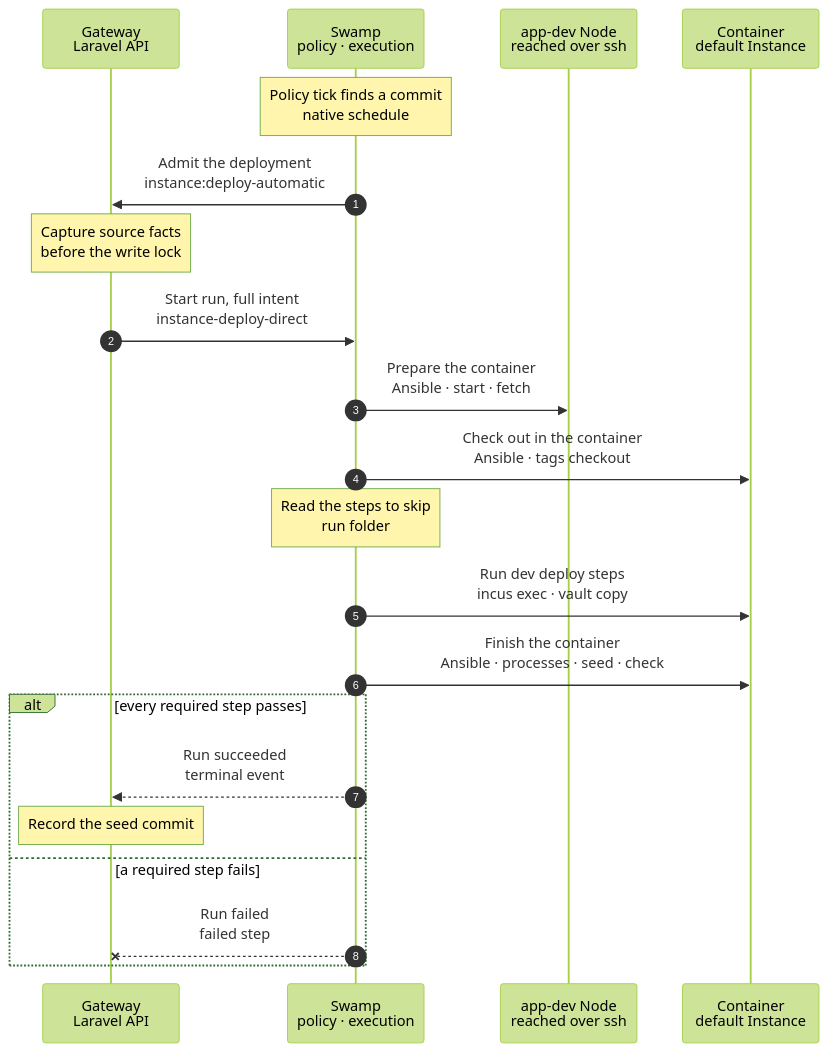
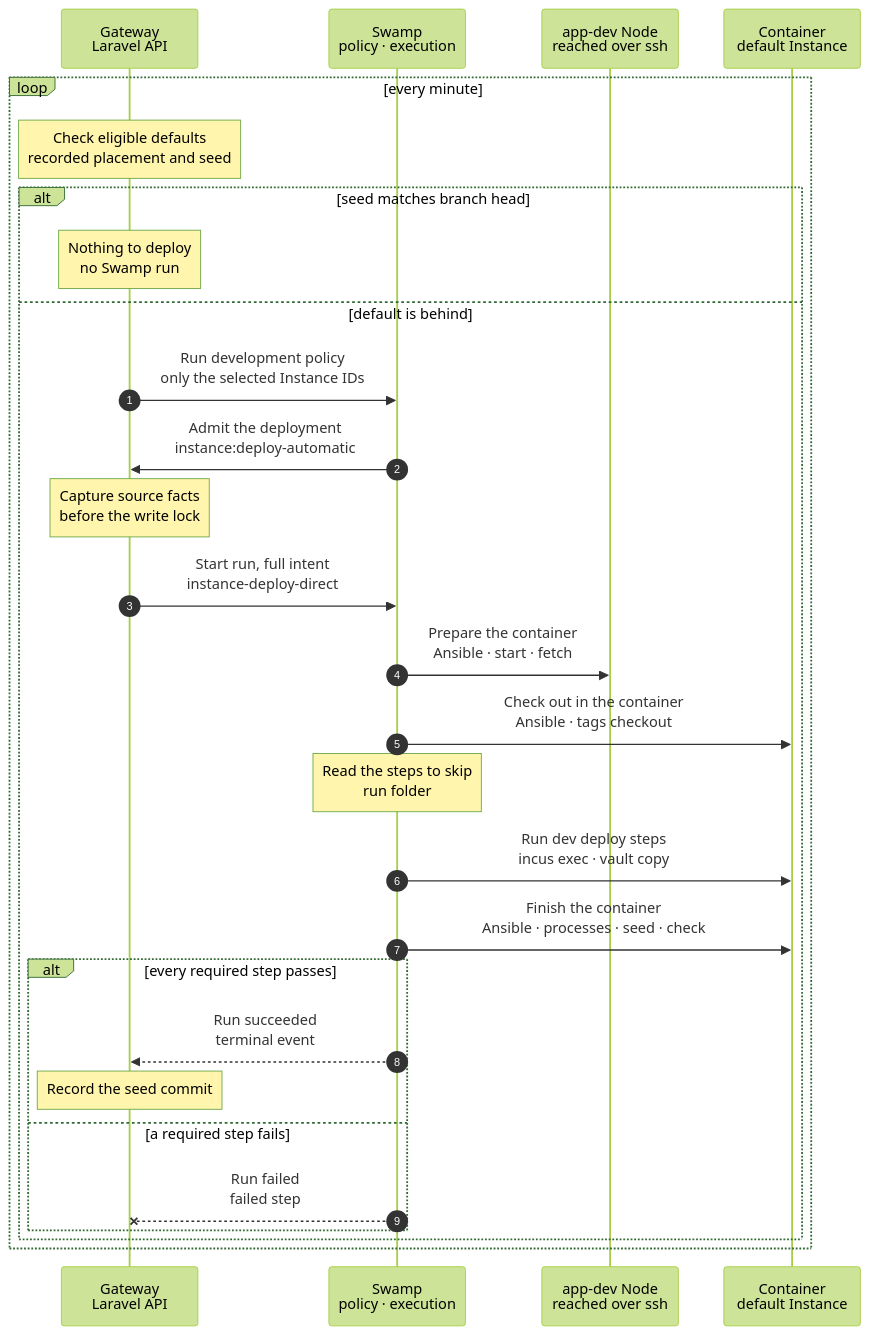
Before and after one commit to hardimpactdev/orbit: the diagram in docs/cli/instance/container/deploy-default.mmd, drawn with Mermaid (forest theme). The commit also changed 11 other files, not shown here.

First line of the commit message:
docs: deploy each new commit to the container default, with one Project switch

```diff
--- a/docs/cli/instance/container/deploy-default.mmd
+++ b/docs/cli/instance/container/deploy-default.mmd
@@ -1,91 +1,103 @@
 sequenceDiagram
-  %% Target design, container runtime (ADR 0250 step 3, docs/reference/development-containers.md#the-default-instance): the automatic development deployment of docs/reference/deployments.md, in the default Instance's container. Swamp's policy finds the commit when its shared producer is active; the Gateway admits the deployment and records its result. When the charts move into place, this becomes the development branch of the deploy chart. The default of a nested-fleet Project deploys after each Gateway release instead, with its inner fleet: container/fleet-refresh.mmd.
-  %% Delivered state, 2026-11-11: the independent development tick (#3331) was reverted. Development auto-deploy stays in the shared automatic-deploy producer and depends on its policy setting. A Gateway release does not deploy development defaults. A clone starts at the last successfully deployed seed; instance:deploy on the container default explicitly refreshes it. The independent container-default policy remains the target.
+  %% Target design, container runtime (ADR 0250 step 3, docs/reference/development-containers.md#the-default-instance): the automatic development deployment of docs/reference/deployments.md, in the default Instance's container. Each new commit of the default branch deploys the container default once: the Gateway checks the branch head before it starts development policy; Swamp keeps the retry and admission state. The default of a nested-fleet Project never takes this path: it deploys after each Gateway release, with its inner fleet: container/fleet-refresh.mmd. When the charts move into place, this becomes the development branch of the deploy chart.
   %% status: draft
   %% command: none · automatic deployment policy
   %% kind: instance.deploy
   autonumber
   %% lane GW icon=gateway pill=intent tone=blue
   %% lane SW icon=workflow pill=executes tone=green
   %% lane N icon=server pill=target tone=amber
   %% lane C icon=server pill=target tone=purple
   participant GW as Gateway<br/>Laravel API
   participant SW as Swamp<br/>policy · execution
   participant N as app-dev Node<br/>reached over ssh
   participant C as Container<br/>default Instance
-  Note over SW: Policy tick finds a commit<br/>native schedule
-  %%> What it does:
-  %%> - Swamp's automatic deployment policy reads the default branch head and the checks, as it does today; it owns discovery, backoff and the retry limit
+  loop every minute
+    Note over GW: Check eligible defaults<br/>recorded placement and seed
+    %%> What it does:
+    %%> - selects only active container defaults with active app-dev placement whose Project has default_auto_deploy on and no nested fleet, using the automatic admission eligibility rule
+    %%> - skips a default whose last policy result is commit_failed for this head, so a failed commit starts no run
+    %%> - reads each eligible Project's default branch once through the cached source reader; no environment-template refresh
+    alt seed matches branch head
+      Note over GW: Nothing to deploy<br/>no Swamp run
+    else default is behind
+      GW->>SW: Run development policy<br/>only the selected Instance IDs
+      %%> What it does:
+      %%> - shares the retained behavior identity and development state; keeps pending admissions, backoff and retry limits
+      %%> - never discovers or admits production work; the production schedule and its pause stay unchanged
+      %%> - one deploy at a time: an open Operation on the default reports deploying or busy; the next run takes the newest head
   SW->>GW: Admit the deployment<br/>instance:deploy-automatic
   %%> What it does:
   %%> - the Gateway admits `instance.deploy` for that exact commit, with the Instance lock and a repository read token in the vault
   Note over GW: Capture source facts<br/>before the write lock
   %%> What it does:
   %%> - reads before the write transaction; admission rechecks eligibility, source configuration and idempotency before recording facts; see /reference/deployments#container-source-facts
   %%> - refuses admission when capture or source classification fails
   GW->>SW: Start run, full intent<br/>instance-deploy-direct
   %%> - the long steps (prepare, checkout, each dev deploy step, finish, the fleet restore) lock a Swamp behavior of this Instance on its Node, so deployments of two defaults on one Node never wait for each other; the Instance lock keeps two deployments of one default apart
   SW->>N: Prepare the container<br/>Ansible · start · fetch
   %%> What it does:
   %%> - one play runs the phases `start` and `fetch`, in this order; a nested-fleet default runs its fleet check and first seed between them: container/fleet-refresh.mmd
   %%> - `start`: starts a stopped (asleep) default container; the start waits only for the units the container's boot starts: FrankenPHP and the enabled Process units; a new or newly running Process is the work of `processes`
   %%> - `start` of a sleeping container (frozen or stopped by a sleep): resumes or boots it, closes swap on the container's cgroup and on each recorded cgroup that still exists, then removes the asleep marker once the `start` part passed (the container runs and its units are active; no web probe), so the Route serves the app and not the wake page; the result records `power_state` `running`; the end of the deployment counts as activity, `deployed_recently`
   %%> - `start`, before the boot of a stopped container: the presented machine name: a stopped container gets `/etc/hostname`, `/etc/machine-info` and the `127.0.1.1` line of `/etc/hosts` through the file API before the boot, so the boot gives the kernel and T3 the name; a running or frozen container gets nothing, and nothing restarts
   %%> - `start` of a nested-fleet container also delivers the Club key: pipelined module stdin into the container's /run (a tmpfs, never a snapshot), before any check of the inner fleet; the result's `nested_fleet_club_key` is what this write did (`written`, `written_serve_not_restarted`, `unchanged`, `refused`); without a vault copy it says `missing`
   %%> - `fetch`: fetches into the Node's mirror and pushes the branch into the container as a bundle; the token never enters the container
   %%> - the bundle holds only what the workspace lacks: its prerequisite is the newest commit the branch shares with the workspace's HEAD, or the tip's parent when the workspace already holds the tip; a workspace whose HEAD the mirror does not hold (local commits) or that has none (a first deploy) gets the whole branch; the checkout sees the same refs as with the whole branch, so its refusals stay as they are
   %%> - a pinned commit off the branch's first-parent chain refuses `deployment.commit_not_on_branch`
   %%> Why one step:
   %%> - neither phase changes the workspace, so they share their failure handling: nothing is restored
   %%> - one play instead of two saves one Ansible start, about 2.5 s
   %%> On failure:
   %%> - the code names the failed phase, such as `instance.container_start_failed` or `instance.container_fetch_failed`; a failed `start` leaves the container's power state as it was
   SW->>C: Check out in the container<br/>Ansible · tags checkout
   %%> What it does:
   %%> - the same checks as a checkout default: a dirty tree refuses `deployment.checkout_dirty`, a diverged branch `deployment.branch_diverged`
   %%> - after the checkout, a bounded repack in the foreground (`git repack -d --geometric=2`, 30 s): each fetch adds a pack and Orbit's Git calls start no automatic maintenance; it first removes the temporary files of an earlier repack that are an hour old; a repack that fails or times out prints one `orbit-workspace-repack=` line and never fails the deployment
   Note over SW: Read the steps to skip<br/>run folder
   %%> What it does:
   %%> - reads the names the checkout found unchanged; only a deployment with a step that has `inputs` runs it
   SW->>C: Run dev deploy steps<br/>incus exec · vault copy
   %%> What it does:
   %%> - the Project's development deploy steps, as `orbit`: they install changed dependencies and migrate
   %%> - a step with `inputs` runs only when they or its command changed since its last passed run in this workspace: the checkout compares the Git object IDs of its inputs at the commit and its command's digest with the step's record in `.git/orbit-deploy-steps`, and the step's guard skips it when they match; a passed step records them; a step without `inputs` always runs
   %%> Why:
   %%> - most releases change no lock file: an install that finds nothing to do still costs its tool's start, its autoload and its scripts, about 4 s a step
   SW->>C: Finish the container<br/>Ansible · processes · seed · check
   %%> What it does:
   %%> - one play runs the phases `processes`, `seed` and `check`, in this order; a nested-fleet default refreshes its fleet between `processes` and `seed`: container/fleet-refresh.mmd
   %%> - the handlers a phase notifies run before the next phase starts, as with separate plays
   %%> Phase processes:
   %%> - installs the Project's new and changed development Process definitions as `orbit-*` units, with their environment files from the vault
   %%> - restarts a changed unit and removes a former environment file
   %%> - removes the unit and environment folder of a Process whose definition the Project removed; admission marked its record `removing`
   %%> - enables and starts each running unit and waits for it; a unit that does not become active fails with its name in the detail, and only its Process is recorded failed
   %%> Phase seed:
   %%> - prepares a Node/Vite default’s private Node store as orbit before the existing snapshot stop/start boundary; this conversion itself never restarts a Process
   %%> - a converted store requires a new seed even at the same commit, so clones inherit it; older seeds remain slower but correct until the explicit deploy refreshes them
   %%> - stops the default's Processes for a moment, snapshots the container and starts them again, so clones copy no half-written file
   %%> - every passed deployment retakes `seed-<commit>`, also at the same commit, so a clone copies the default's current caches and built files
   %%> - deletes older seed snapshots that no clone uses
   %%> - a default with an inner volume: the volume's snapshot of the same name is the other half of the seed; it is taken right after the container's, retaken when it is missing, and the older halves go only after both new halves exist. Right before the volume's half, `sync -f /srv/inner-pool` as root in the container commits btrfs, so the snapshot holds what the fleet wrote; a failed flush or volume snapshot deletes the new halves and fails with `instance.seed_volume_flush_failed` or `instance.seed_volume_snapshot_failed`; the old pair stays
   %%> - while the deployment is open, a clone of the default refuses `instance.default_seed_in_flight`, so no copy reads one half before the retake and the other after it
   %%> - starting the units again restarts every running Process on the new commit, such as a queue worker
   %%> Phase check:
   %%> - the branch is checked out at the commit and the units are active, else `deployment.branch_changed` or `deployment.processes_inactive`
   %%> Why one step:
   %%> - all three run after the checkout and share their failure handling; one play instead of three saves two Ansible starts, about 5 s
   %%> On failure:
   %%> - the code names the failed phase, such as `instance.container_processes_failed`, or is the phase's own refusal
   alt every required step passes
     SW-->>GW: Run succeeded<br/>terminal event
     Note over GW: Record the seed commit
     %%> Result:
     %%> - deletes the Processes marked `removing` and names them in `processes_removed`
     %%> - new clones start at this snapshot; existing clones do not change
   else a required step fails
     SW--xGW: Run failed<br/>failed step
     %%> Result:
     %%> - a step that waited 60 s for a behavior lock and never ran records `instance.deploy_lock_timeout`, not the step's own code
     %%> - no new seed snapshot is taken, so clones keep starting at the last commit that deployed; Swamp's policy retries after its backoff
   end
+  end
+  end
```
